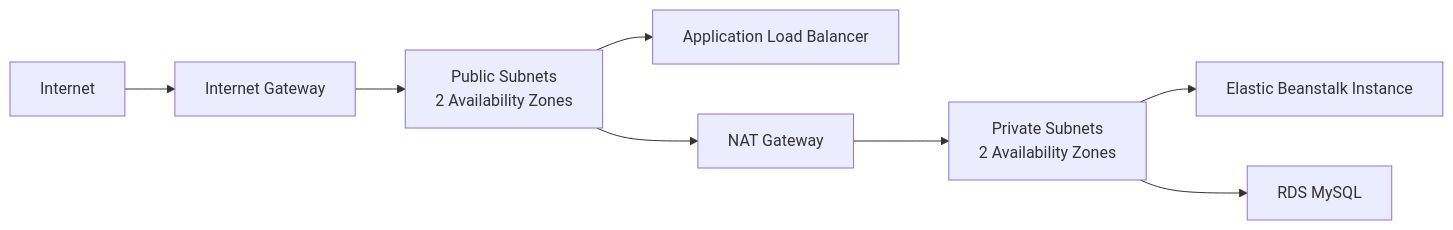
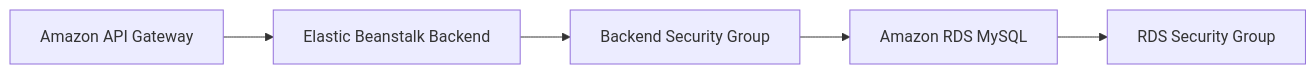
Before and after one commit to dungg-z04/eam-workshop-report: the diagram in content/5-Workshop/5.3-Network-RDS/_index.md, drawn with Mermaid. The commit also changed other lines of this file and 204 other files, not shown here.

```diff
--- a/content/5-Workshop/5.3-Network-RDS/_index.md
+++ b/content/5-Workshop/5.3-Network-RDS/_index.md
@@ -15,10 +15,7 @@
 {{< mermaid >}}
 flowchart LR
-    Internet["Internet"] --> IGW["Internet Gateway"]
-    IGW --> Public["Public Subnets\n2 Availability Zones"]
-    Public --> ALB["Application Load Balancer"]
-    Public --> NAT["NAT Gateway"]
-    NAT --> Private["Private Subnets\n2 Availability Zones"]
-    Private --> EB["Elastic Beanstalk Instance"]
-    Private --> RDS["RDS MySQL"]
+    APIGW["Amazon API Gateway"] --> EB["Elastic Beanstalk Backend"]
+    EB --> SGBackend["Backend Security Group"]
+    SGBackend --> RDS["Amazon RDS MySQL"]
+    RDS --> SGRDS["RDS Security Group"]
 {{< /mermaid >}}
```
